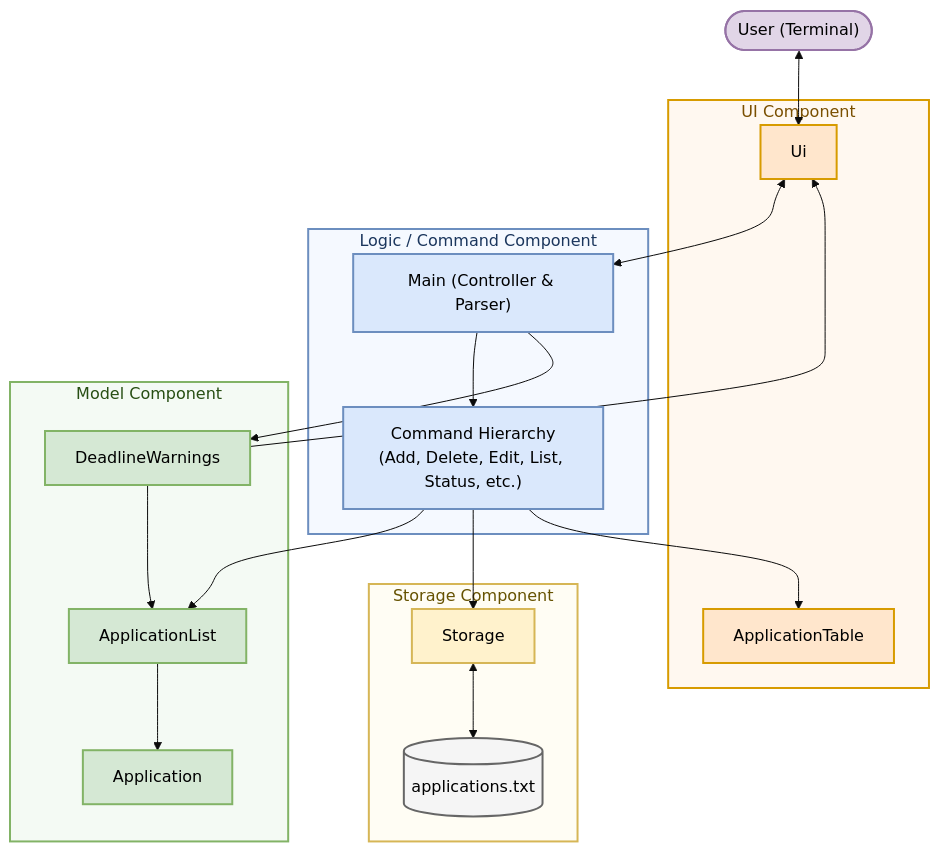
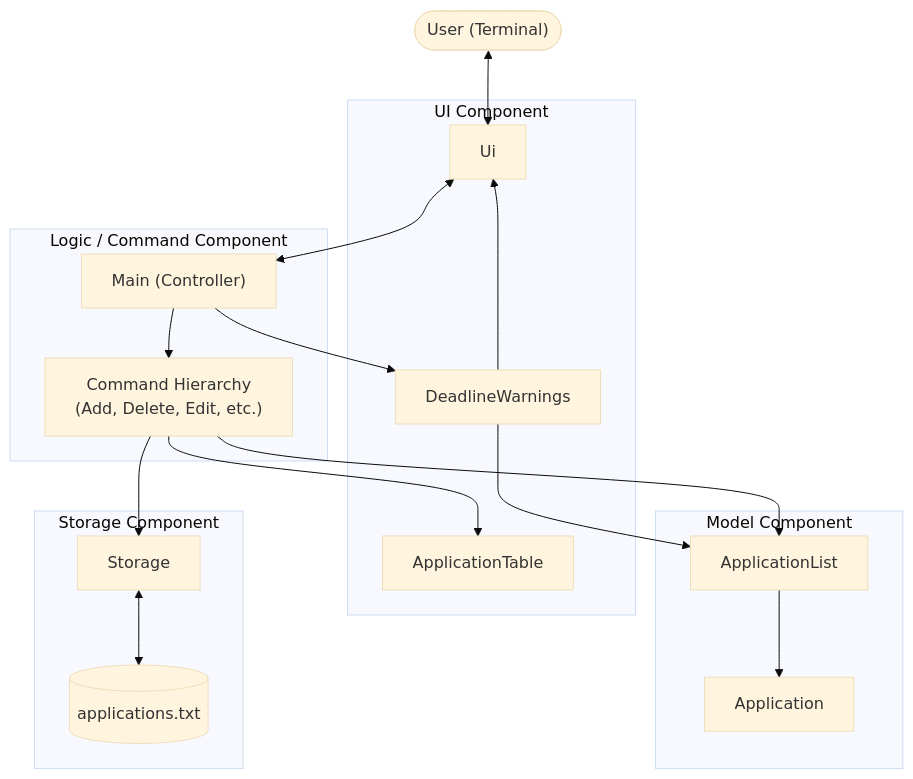
Before and after one commit to AY2627S1-CS2113-T10-2/tp: the first of 22 diagrams in docs/DeveloperGuide.md, drawn with Mermaid (base theme). The commit also changed other lines of this file, not shown here.

First line of the commit message:
docs: standardize architecture diagram design and add manual testing output examples

````diff
--- a/docs/DeveloperGuide.md
+++ b/docs/DeveloperGuide.md
@@ -29,49 +29,37 @@
 ```mermaid
 flowchart TB
-    classDef uiBox fill:#ffe6cc,stroke:#d79b00,stroke-width:2px,color:#000000
-    classDef logicBox fill:#dae8fc,stroke:#6c8ebf,stroke-width:2px,color:#000000
-    classDef modelBox fill:#d5e8d4,stroke:#82b366,stroke-width:2px,color:#000000
-    classDef storageBox fill:#fff2cc,stroke:#d6b656,stroke-width:2px,color:#000000
-    classDef userBox fill:#e1d5e7,stroke:#9673a6,stroke-width:2px,color:#000000
-    classDef fileBox fill:#f5f5f5,stroke:#666666,stroke-width:2px,color:#000000
-
-    User(["User (Terminal)"]):::userBox
+    User(["User (Terminal)"])
 
     subgraph UI_Component["UI Component"]
-        UI["Ui"]:::uiBox
-        Table["ApplicationTable"]:::uiBox
+        UI["Ui"]
+        Table["ApplicationTable"]
+        Warnings["DeadlineWarnings"]
     end
 
     subgraph Logic_Component["Logic / Command Component"]
-        Main["Main (Controller & Parser)"]:::logicBox
-        Commands["Command Hierarchy<br/>(Add, Delete, Edit, List, Status, etc.)"]:::logicBox
+        Main["Main (Controller)"]
+        Commands["Command Hierarchy<br/>(Add, Delete, Edit, etc.)"]
     end
 
     subgraph Model_Component["Model Component"]
-        AppList["ApplicationList"]:::modelBox
-        App["Application"]:::modelBox
-        Warnings["DeadlineWarnings"]:::modelBox
+        AppList["ApplicationList"]
+        App["Application"]
     end
 
     subgraph Storage_Component["Storage Component"]
-        Storage["Storage"]:::storageBox
-        File[("applications.txt")]:::fileBox
+        Storage["Storage"]
+        File[("applications.txt")]
     end
-
-    style UI_Component fill:#fff8f0,stroke:#d79b00,stroke-width:2px,color:#7a4f00
-    style Logic_Component fill:#f5f9ff,stroke:#6c8ebf,stroke-width:2px,color:#1b365d
-    style Model_Component fill:#f4faf4,stroke:#82b366,stroke-width:2px,color:#274e13
-    style Storage_Component fill:#fffdf4,stroke:#d6b656,stroke-width:2px,color:#665200
 
     User <--> UI
     UI <--> Main
     Main --> Commands
     Main --> Warnings
     Commands --> AppList
     Commands --> Storage
     Commands --> Table
+    Warnings --> AppList
+    Warnings --> UI
     AppList --> App
     Storage <--> File
-    Warnings --> AppList
-    Warnings --> UI
 ```
````
